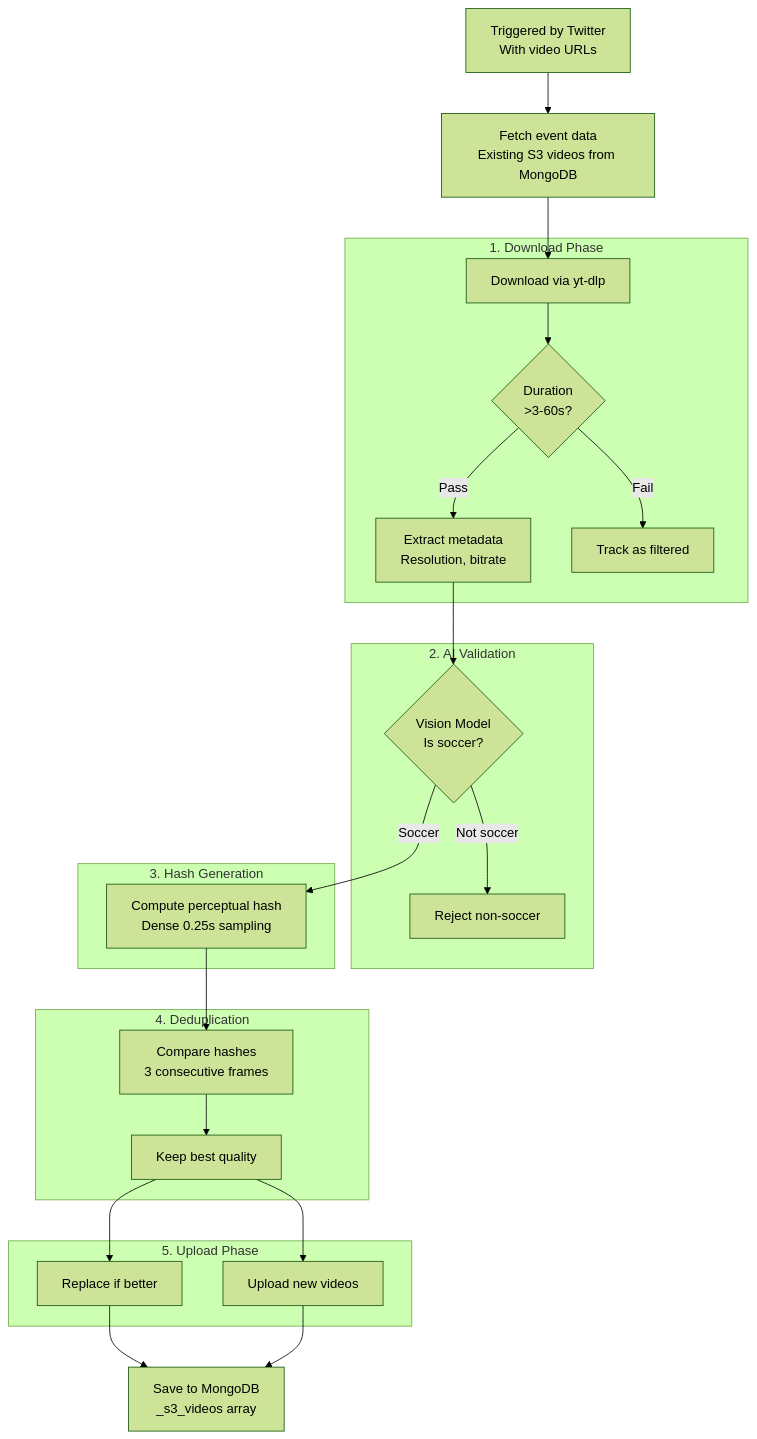
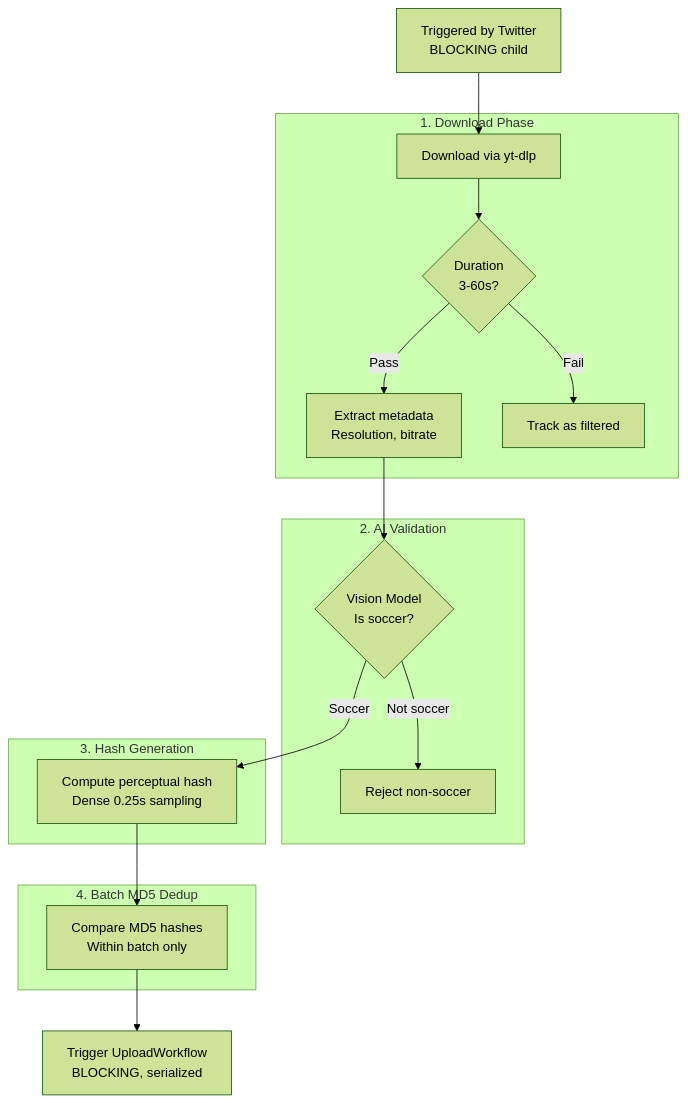
Diagram 13 of 14 in README.md (vedantadhobley/found-footy), drawn with Mermaid (forest theme) before and after one commit. The commit also changed other lines of this file and 15 other files, not shown here.

First line of the commit message:
feat: UploadWorkflow serialization + national team nationality adjectives

````diff
--- a/README.md
+++ b/README.md
@@ -572,43 +580,34 @@
 ```mermaid
 flowchart TB
-    TRIGGER[Triggered by Twitter<br/>With video URLs]
-    
-    FETCH[Fetch event data<br/>Existing S3 videos from MongoDB]
+    TRIGGER[Triggered by Twitter<br/>BLOCKING child]
     
     subgraph DOWNLOAD["1. Download Phase"]
         DL[Download via yt-dlp]
-        FILTER{Duration<br/>>3-60s?}
+        FILTER{Duration<br/>3-60s?}
         META[Extract metadata<br/>Resolution, bitrate]
         FILTERED[Track as filtered]
     end
     
     subgraph VALIDATE["2. AI Validation"]
         AI{Vision Model<br/>Is soccer?}
         REJECT[Reject non-soccer]
     end
     
     subgraph HASH["3. Hash Generation"]
         PHASH[Compute perceptual hash<br/>Dense 0.25s sampling]
     end
     
-    subgraph DEDUP["4. Deduplication"]
-        COMPARE[Compare hashes<br/>3 consecutive frames]
-        QUALITY[Keep best quality]
+    subgraph DEDUP["4. Batch MD5 Dedup"]
+        MD5[Compare MD5 hashes<br/>Within batch only]
     end
     
-    subgraph UPLOAD["5. Upload Phase"]
-        REPLACE[Replace if better]
-        NEW[Upload new videos]
-    end
+    UPLOAD[Trigger UploadWorkflow<br/>BLOCKING, serialized]
     
-    SAVE[Save to MongoDB<br/>_s3_videos array]
-    
-    TRIGGER --> FETCH --> DL
+    TRIGGER --> DL
     DL --> FILTER
     FILTER -->|Pass| META --> AI
     FILTER -->|Fail| FILTERED
     AI -->|Soccer| PHASH
     AI -->|Not soccer| REJECT
-    PHASH --> COMPARE --> QUALITY
-    QUALITY --> REPLACE & NEW --> SAVE
+    PHASH --> MD5 --> UPLOAD
 ```
````
